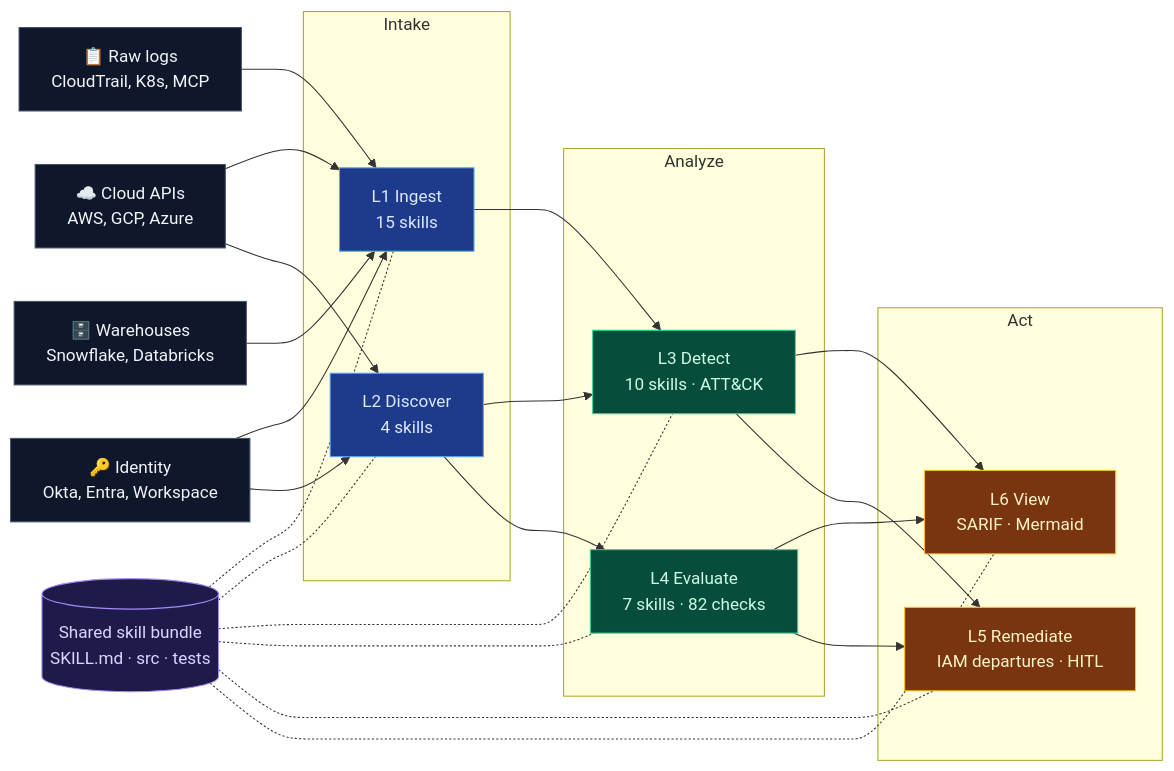
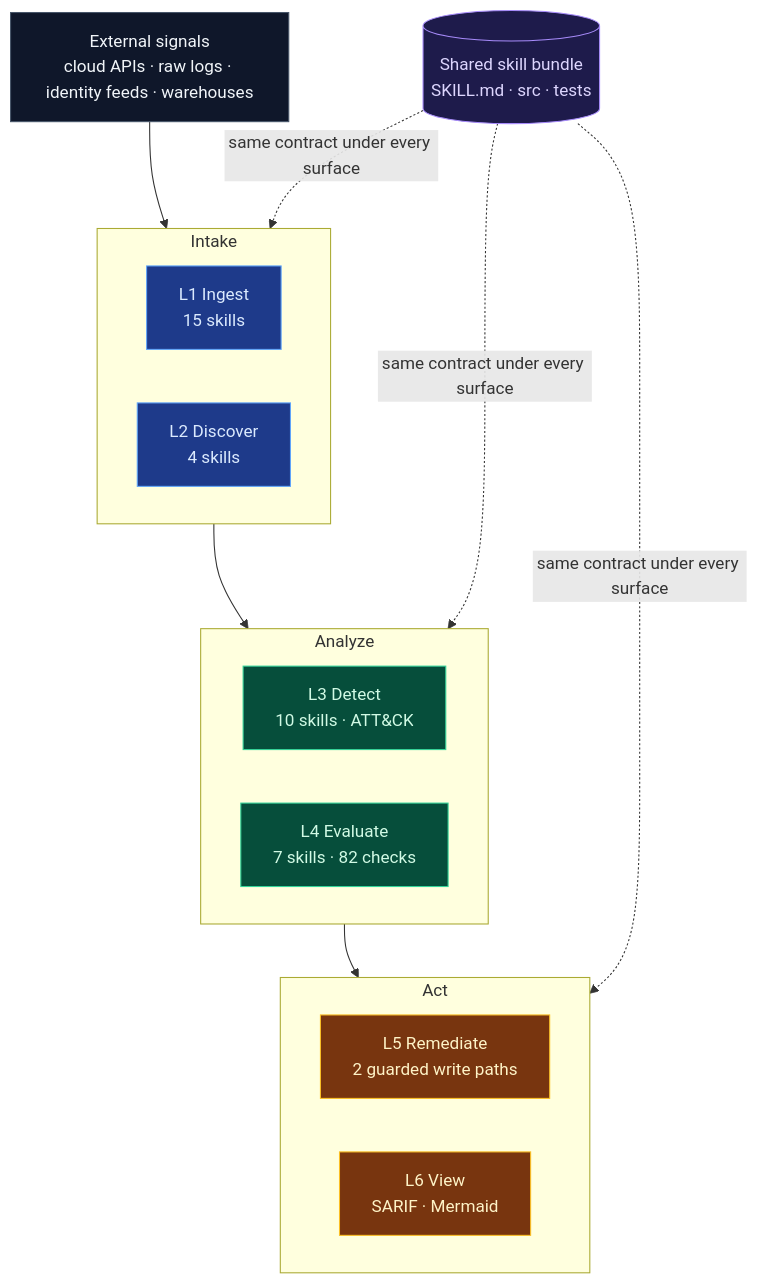
One commit to msaad00/cloud-security changed the first of 3 diagrams in README.md. Above: the diagram before and after it, drawn with Mermaid. The commit also changed other lines of this file and 1 other file, not shown here.

Commit message:
docs: simplify readme flows and aws flagship diagram

````diff
--- a/README.md
+++ b/README.md
@@ -54,50 +54,33 @@
 ```mermaid
-flowchart LR
+flowchart TB
     classDef signal fill:#0f172a,stroke:#475569,color:#f1f5f9
     classDef intake fill:#1e3a8a,stroke:#60a5fa,color:#dbeafe
     classDef analyze fill:#064e3b,stroke:#34d399,color:#d1fae5
     classDef act fill:#78350f,stroke:#fbbf24,color:#fef3c7
     classDef bundle fill:#1e1b4b,stroke:#a78bfa,color:#ddd6fe
 
-    cloud["☁️ Cloud APIs<br/>AWS, GCP, Azure"]:::signal
-    logs["📋 Raw logs<br/>CloudTrail, K8s, MCP"]:::signal
-    idp["🔑 Identity<br/>Okta, Entra, Workspace"]:::signal
-    lake["🗄️ Warehouses<br/>Snowflake, Databricks"]:::signal
+    signals["External signals<br/>cloud APIs · raw logs · identity feeds · warehouses"]:::signal
 
     subgraph Intake
+        direction LR
         ingest["L1 Ingest<br/>15 skills"]:::intake
         discover["L2 Discover<br/>4 skills"]:::intake
     end
     subgraph Analyze
+        direction LR
         detect["L3 Detect<br/>10 skills · ATT&amp;CK"]:::analyze
         evaluate["L4 Evaluate<br/>7 skills · 82 checks"]:::analyze
     end
     subgraph Act
-        remediate["L5 Remediate<br/>IAM departures · HITL"]:::act
+        direction LR
+        remediate["L5 Remediate<br/>2 guarded write paths"]:::act
         view["L6 View<br/>SARIF · Mermaid"]:::act
     end
 
     bundle[("Shared skill bundle<br/>SKILL.md · src · tests")]:::bundle
 
-    cloud --> ingest
-    cloud --> discover
-    logs --> ingest
-    idp --> ingest
-    idp --> discover
-    lake --> ingest
-
-    ingest --> detect
-    discover --> detect
-    discover --> evaluate
-    detect --> view
-    detect --> remediate
-    evaluate --> view
-    evaluate --> remediate
-
-    bundle -.- ingest
-    bundle -.- discover
-    bundle -.- detect
-    bundle -.- evaluate
-    bundle -.- remediate
-    bundle -.- view
+    signals --> Intake --> Analyze --> Act
+    bundle -. same contract under every surface .-> Intake
+    bundle -. same contract under every surface .-> Analyze
+    bundle -. same contract under every surface .-> Act
 ```
````
